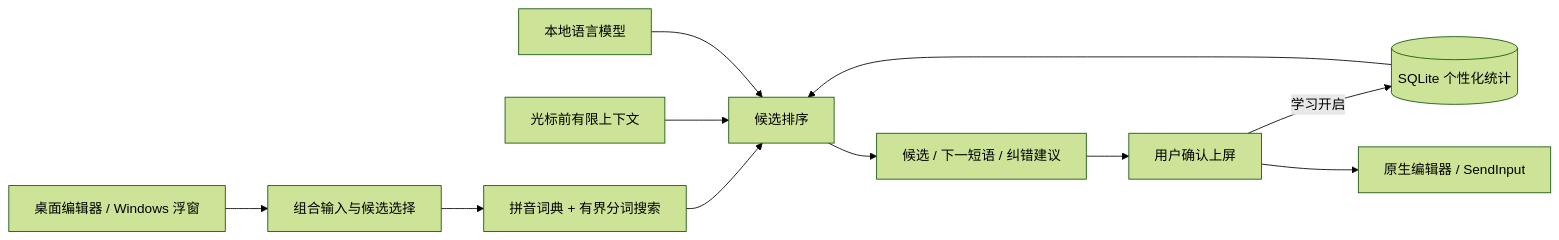
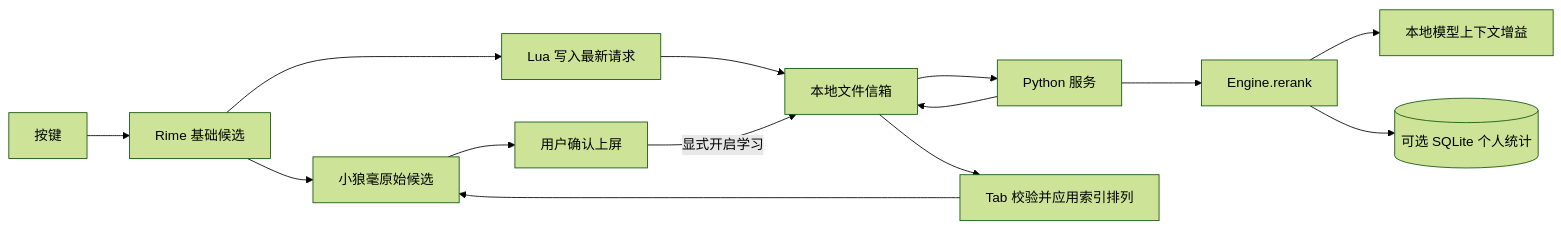
Before and after one commit to feli77/smart-im: the diagram in docs/ARCHITECTURE.md, drawn with Mermaid (forest theme). The commit also changed other lines of this file and 24 other files, not shown here.

````diff
--- a/docs/ARCHITECTURE.md
+++ b/docs/ARCHITECTURE.md
@@ -11,13 +7,16 @@
 ```mermaid
 flowchart LR
-    K[桌面编辑器 / Windows 浮窗] --> S[组合输入与候选选择]
-    S --> D[拼音词典 + 有界分词搜索]
-    D --> R[候选排序]
-    C[光标前有限上下文] --> R
-    M[本地语言模型] --> R
-    P[(SQLite 个性化统计)] --> R
-    R --> U[候选 / 下一短语 / 纠错建议]
-    U --> A[用户确认上屏]
-    A -->|学习开启| P
-    A --> W[原生编辑器 / SendInput]
+    K[按键] --> R[Rime 基础候选]
+    R --> UI[小狼毫原始候选]
+    R --> Q[Lua 写入最新请求]
+    Q --> F[本地文件信箱]
+    F --> S[Python 服务]
+    S --> E[Engine.rerank]
+    E --> M[本地模型上下文增益]
+    E --> P[(可选 SQLite 个人统计)]
+    S --> F
+    F --> T[Tab 校验并应用索引排列]
+    T --> UI
+    UI --> C[用户确认上屏]
+    C -->|显式开启学习| F
 ```
````
